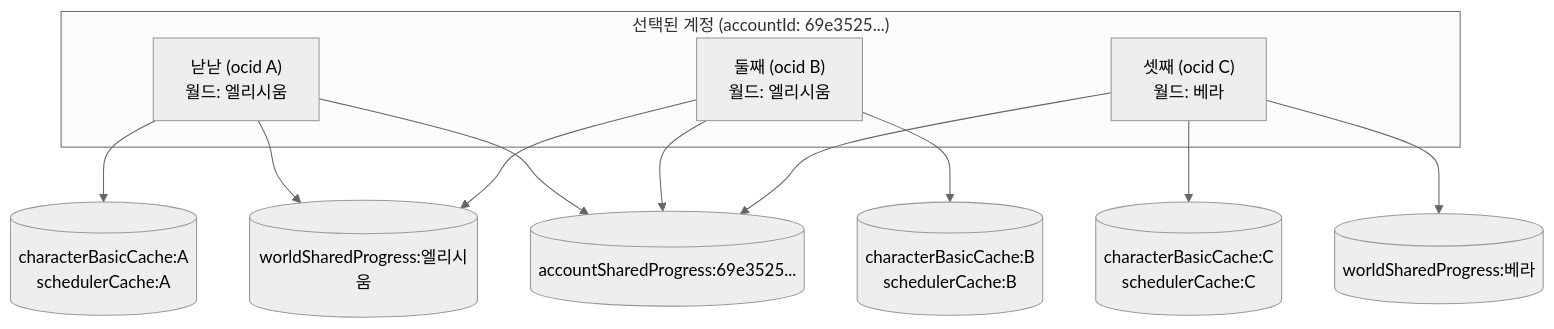
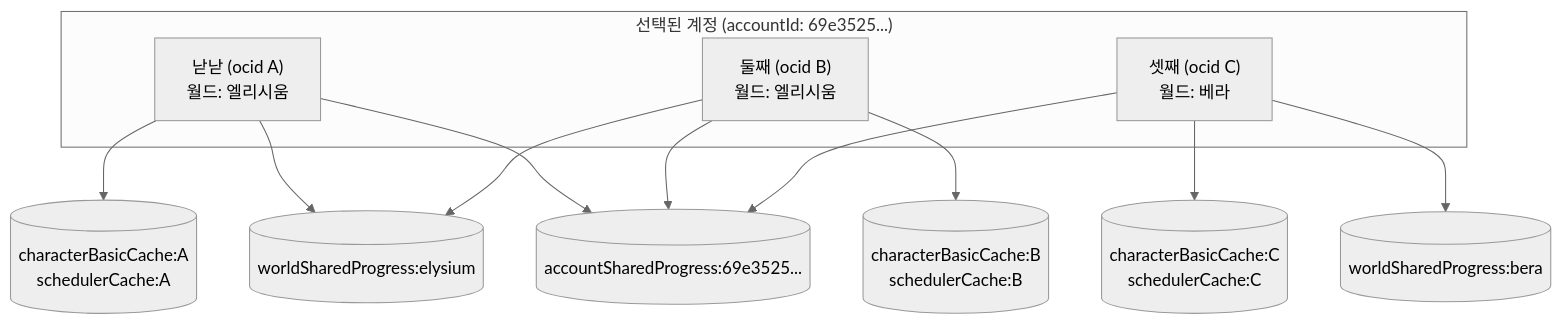
Before and after one commit to jini520/maple-routine: the second of 2 diagrams in docs/persistence/preferences.md, drawn with Mermaid (neutral theme). The commit also changed other lines of this file and 9 other files, not shown here.

````diff
--- a/docs/persistence/preferences.md
+++ b/docs/persistence/preferences.md
@@ -212,20 +212,20 @@
 ```mermaid
 flowchart TB
     subgraph Account["선택된 계정 (accountId: 69e3525...)"]
         A["낟낟 (ocid A)\n월드: 엘리시움"]
         B["둘째 (ocid B)\n월드: 엘리시움"]
         C["셋째 (ocid C)\n월드: 베라"]
     end
 
     A --> CA[("characterBasicCache:A\nschedulerCache:A")]
     B --> CB[("characterBasicCache:B\nschedulerCache:B")]
     C --> CC[("characterBasicCache:C\nschedulerCache:C")]
 
-    A --> WE[("worldSharedProgress:엘리시움")]
+    A --> WE[("worldSharedProgress:elysium")]
     B --> WE
-    C --> WB[("worldSharedProgress:베라")]
+    C --> WB[("worldSharedProgress:bera")]
 
     A --> AC[("accountSharedProgress:69e3525...")]
     B --> AC
     C --> AC
 ```
````
